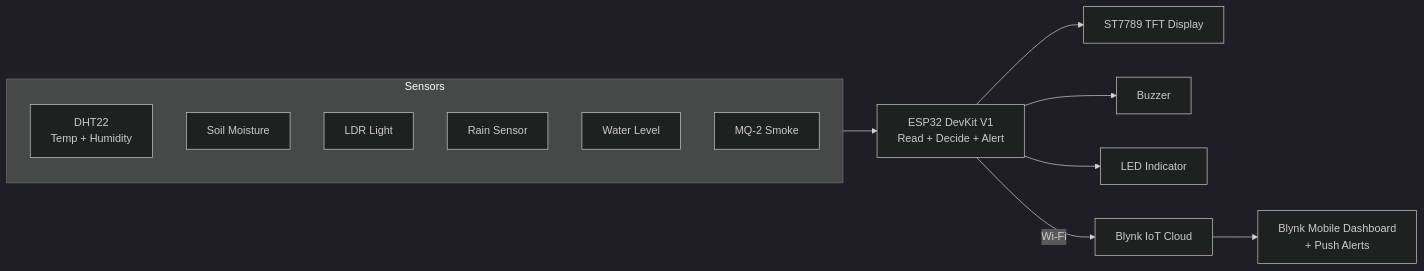
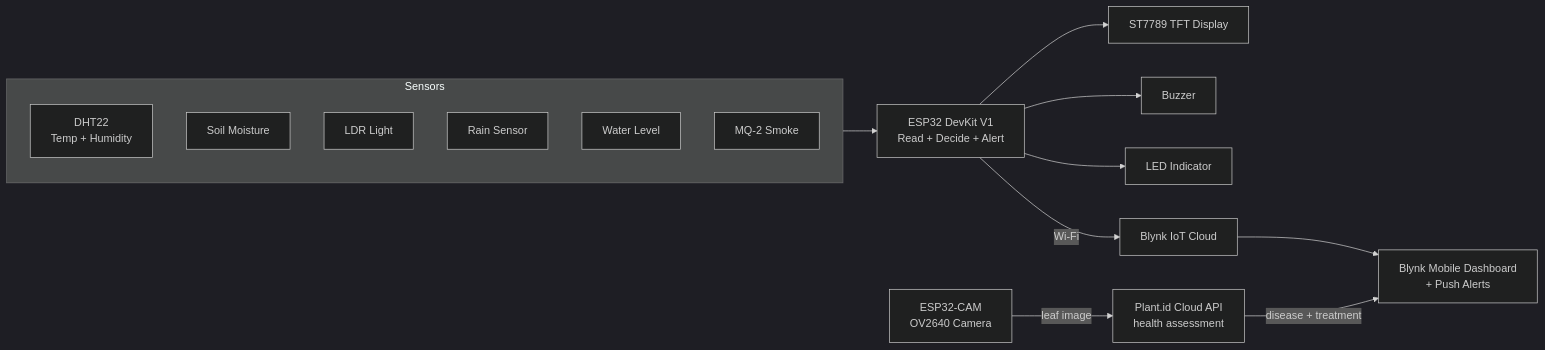
One commit to allrounderankit/AI-Enabled-Plant-Health-Monitoring-And-Safety changed the diagram in README.md. Above: the diagram before and after it, drawn with Mermaid (dark theme). The commit also changed other lines of this file, not shown here.

````diff
--- a/README.md
+++ b/README.md
@@ -75,21 +85,25 @@
 ```mermaid
 flowchart LR
     subgraph Sensors
         DHT[DHT22<br/>Temp + Humidity]
         SOIL[Soil Moisture]
         LDR[LDR Light]
         RAIN[Rain Sensor]
         WATER[Water Level]
         SMOKE[MQ-2 Smoke]
     end
 
     ESP[ESP32 DevKit V1<br/>Read + Decide + Alert]
-
     Sensors --> ESP
 
     ESP --> TFT[ST7789 TFT Display]
     ESP --> BUZ[Buzzer]
     ESP --> LED[LED Indicator]
     ESP -- Wi-Fi --> BLYNK[Blynk IoT Cloud]
+
+    CAM[ESP32-CAM<br/>OV2640 Camera]
+    CAM -- leaf image --> PLANTID[Plant.id Cloud API<br/>health assessment]
+
     BLYNK --> APP[Blynk Mobile Dashboard<br/>+ Push Alerts]
+    PLANTID -- disease + treatment --> APP
 ```
````
